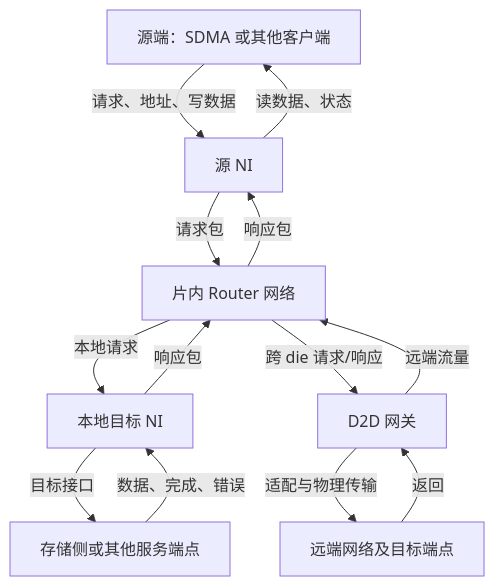
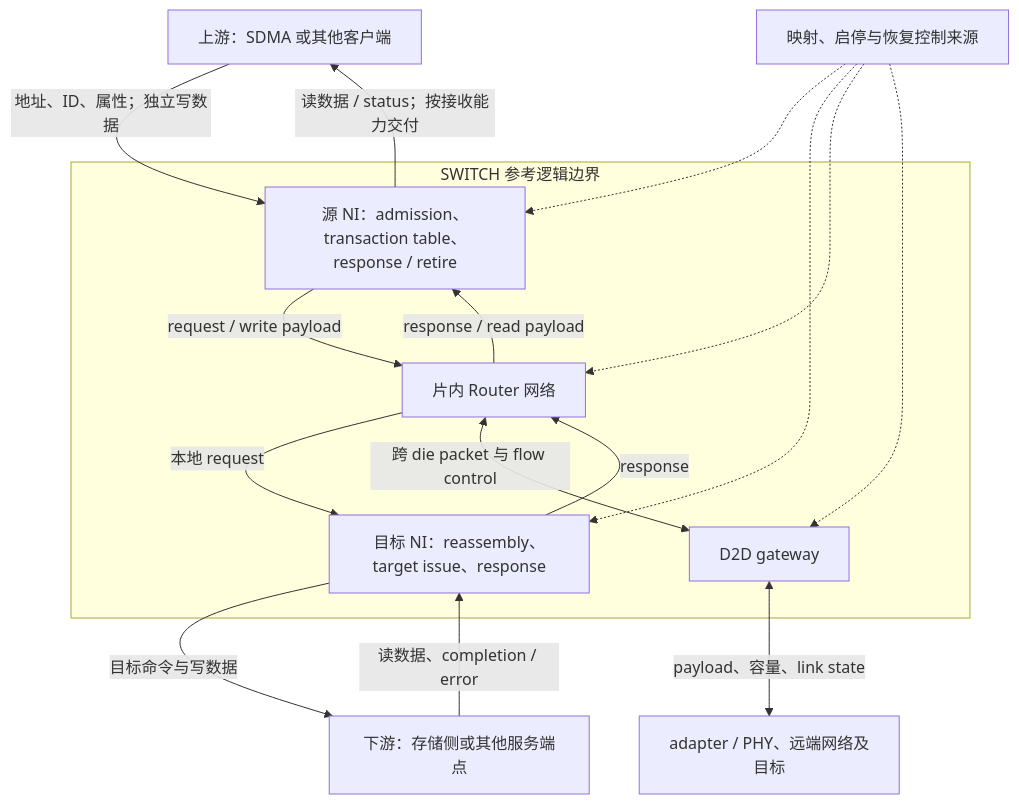
One commit to niyingsong123/soc_study changed the first of 7 diagrams in SWITCH/switch_detailed_guide.md. Above: the diagram before and after it, drawn with Mermaid. The commit also changed other lines of this file and 19 other files, not shown here.

````diff
--- a/SWITCH/switch_detailed_guide.md
+++ b/SWITCH/switch_detailed_guide.md
@@ -73,15 +75,27 @@
 ```mermaid
 flowchart TD
-    S["源端：SDMA 或其他客户端"] -->|"请求、地址、写数据"| SN["源 NI"]
-    SN -->|"请求包"| N["片内 Router 网络"]
-    N -->|"响应包"| SN
-    SN -->|"读数据、状态"| S
-    N -->|"本地请求"| TN["本地目标 NI"]
-    TN -->|"目标接口"| T["存储侧或其他服务端点"]
-    T -->|"数据、完成、错误"| TN
-    TN -->|"响应包"| N
-    N -->|"跨 die 请求/响应"| G["D2D 网关"]
-    G -->|"远端流量"| N
-    G -->|"适配与物理传输"| R["远端网络及目标端点"]
-    R -->|"返回"| G
+    S["上游：SDMA 或其他客户端"]
+    T["下游：存储侧或其他服务端点"]
+    R["adapter / PHY、远端网络及目标"]
+    C["映射、启停与恢复控制来源"]
+    subgraph SW["SWITCH 参考逻辑边界"]
+        SN["源 NI：admission、transaction table、response / retire"]
+        N["片内 Router 网络"]
+        TN["目标 NI：reassembly、target issue、response"]
+        G["D2D gateway"]
+        SN -->|"request / write payload"| N
+        N -->|"response / read payload"| SN
+        N -->|"本地 request"| TN
+        TN -->|"response"| N
+        N <-->|"跨 die packet 与 flow control"| G
+    end
+    S -->|"地址、ID、属性；独立写数据"| SN
+    SN -->|"读数据 / status；按接收能力交付"| S
+    TN -->|"目标命令与写数据"| T
+    T -->|"读数据、completion / error"| TN
+    G <-->|"payload、容量、link state"| R
+    C -.-> SN
+    C -.-> TN
+    C -.-> N
+    C -.-> G
 ```
````
